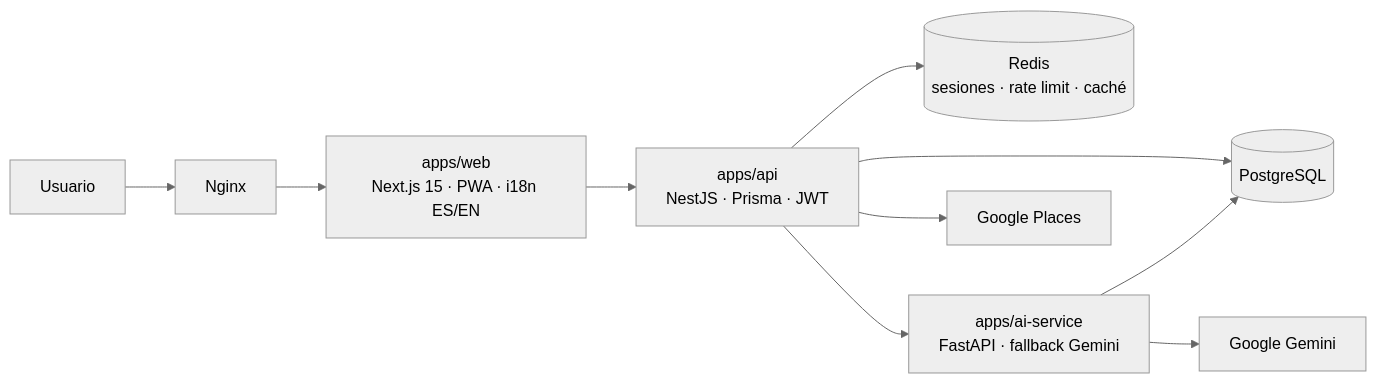
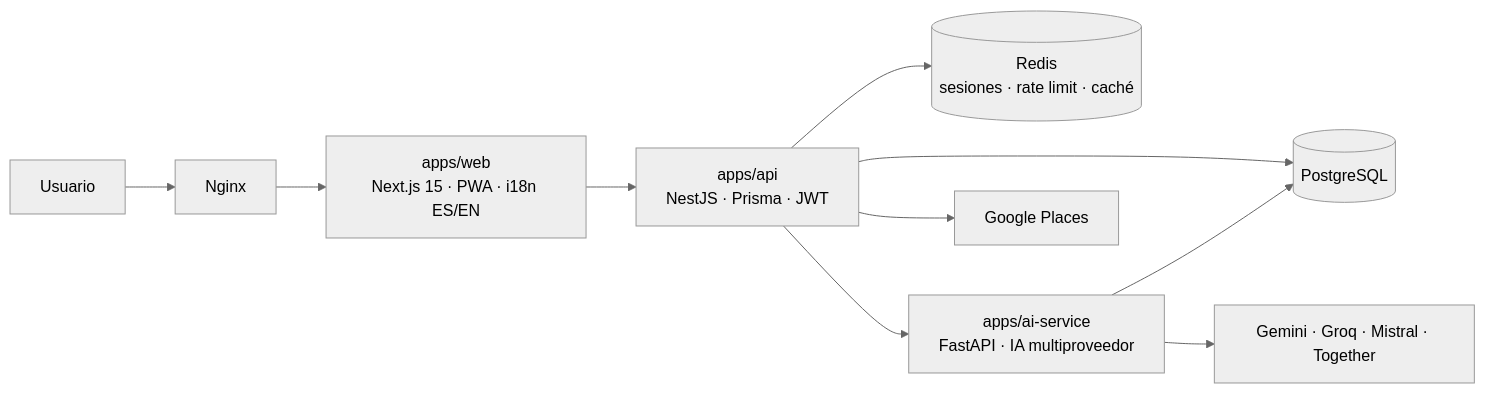
Before and after one commit to Mengfeidai1031/Brindi: the diagram in README.md, drawn with Mermaid (neutral theme). The commit also changed other lines of this file and 44 other files, not shown here.

Commit message:
feat(ai): multi-provider engine (Gemini pool + Groq/Mistral/Together) with per-task cascade and 'Other' trivia

````diff
--- a/README.md
+++ b/README.md
@@ -33,12 +33,12 @@
 ```mermaid
 flowchart LR
     U[Usuario] --> N[Nginx]
     N --> W["apps/web<br/>Next.js 15 · PWA · i18n ES/EN"]
     W --> A["apps/api<br/>NestJS · Prisma · JWT"]
     A --> P[(PostgreSQL)]
     A --> R[(Redis<br/>sesiones · rate limit · caché)]
-    A --> AI["apps/ai-service<br/>FastAPI · fallback Gemini"]
-    AI --> G[Google Gemini]
+    A --> AI["apps/ai-service<br/>FastAPI · IA multiproveedor"]
+    AI --> G["Gemini · Groq · Mistral · Together"]
     A --> GP[Google Places]
     AI --> P
 ```
````
